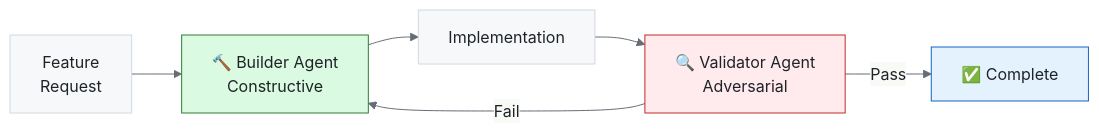
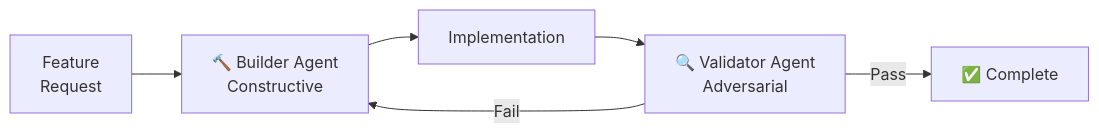
One commit to fabioc-aloha/Alex_Plug_In changed the second of 4 diagrams in alex_docs/architecture/RESEARCH-FIRST-DEVELOPMENT.md. Above: the diagram before and after it, drawn with Mermaid. The commit also changed other lines of this file and 282 other files, not shown here.

````diff
--- a/alex_docs/architecture/RESEARCH-FIRST-DEVELOPMENT.md
+++ b/alex_docs/architecture/RESEARCH-FIRST-DEVELOPMENT.md
@@ -168,13 +173,8 @@
 ```mermaid
-%%{init: {'theme': 'base', 'themeVariables': { 'primaryColor': '#f6f8fa', 'primaryTextColor': '#1f2328', 'primaryBorderColor': '#d1d9e0', 'lineColor': '#656d76'}}}%%
 flowchart LR
     REQ["Feature\nRequest"] --> B["🔨 Builder Agent\nConstructive"]
     B --> CODE["Implementation"]
     CODE --> V["🔍 Validator Agent\nAdversarial"]
     V -->|Pass| DONE["✅ Complete"]
     V -->|Fail| B
-
-    style B fill:#dafbe1,stroke:#2e7d32
-    style V fill:#ffebee,stroke:#c62828
-    style DONE fill:#e3f2fd,stroke:#1565c0
 ```
````
